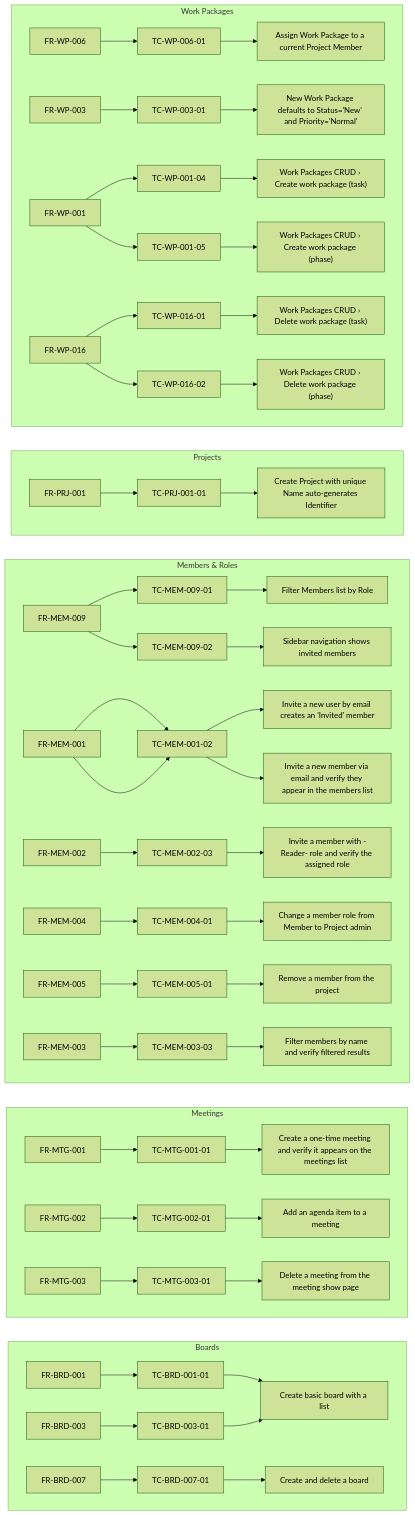
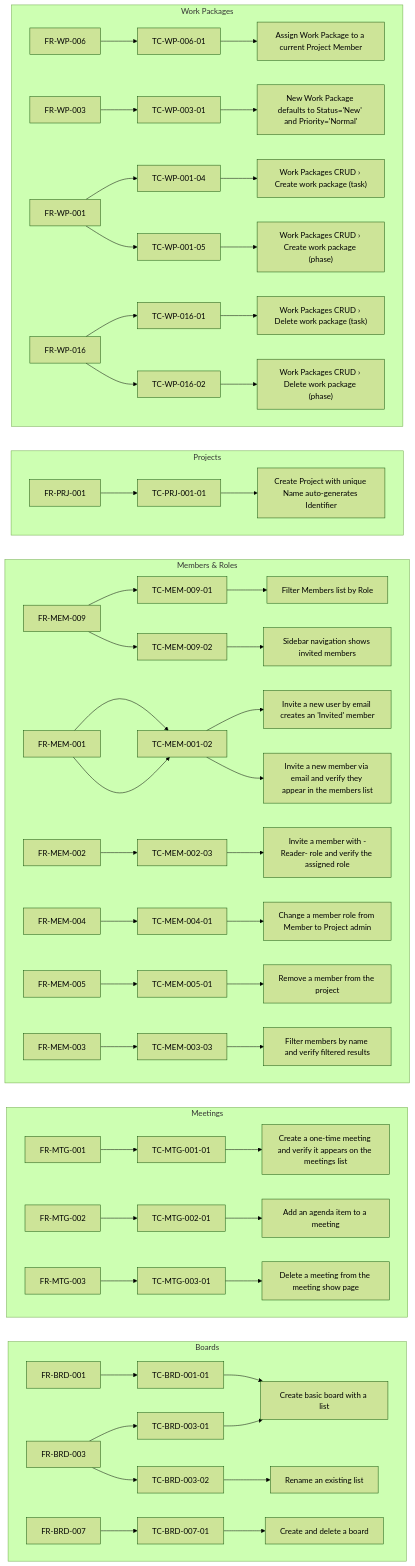
Before and after one commit to Top-Q/playwright-typescript: the fourth of 4 diagrams in specs/product/vault/Dashboard.md, drawn with Mermaid (forest theme). The commit also changed other lines of this file and 2 other files, not shown here.

First line of the commit message:
test: rename an existing board list (TC-BRD-003-02)

````diff
--- a/specs/product/vault/Dashboard.md
+++ b/specs/product/vault/Dashboard.md
@@ -66,40 +66,41 @@
 ```mermaid
 flowchart LR
     subgraph M_boards["Boards"]
         direction LR
         R_FR_BRD_001["FR-BRD-001"] --> C_TC_BRD_001_01["TC-BRD-001-01"] --> T_Create_basic_board_with_a_list["Create basic board with a list"]
         R_FR_BRD_003["FR-BRD-003"] --> C_TC_BRD_003_01["TC-BRD-003-01"] --> T_Create_basic_board_with_a_list["Create basic board with a list"]
+        R_FR_BRD_003["FR-BRD-003"] --> C_TC_BRD_003_02["TC-BRD-003-02"] --> T_Rename_an_existing_list["Rename an existing list"]
         R_FR_BRD_007["FR-BRD-007"] --> C_TC_BRD_007_01["TC-BRD-007-01"] --> T_Create_and_delete_a_board["Create and delete a board"]
     end
     subgraph M_meetings["Meetings"]
         direction LR
         R_FR_MTG_001["FR-MTG-001"] --> C_TC_MTG_001_01["TC-MTG-001-01"] --> T_Create_a_one_time_meeting_and_verify_it_appears_on_the_meetings_list["Create a one-time meeting and verify it appears on the meetings list"]
         R_FR_MTG_002["FR-MTG-002"] --> C_TC_MTG_002_01["TC-MTG-002-01"] --> T_Add_an_agenda_item_to_a_meeting["Add an agenda item to a meeting"]
         R_FR_MTG_003["FR-MTG-003"] --> C_TC_MTG_003_01["TC-MTG-003-01"] --> T_Delete_a_meeting_from_the_meeting_show_page["Delete a meeting from the meeting show page"]
     end
     subgraph M_members_roles["Members & Roles"]
         direction LR
         R_FR_MEM_009["FR-MEM-009"] --> C_TC_MEM_009_01["TC-MEM-009-01"] --> T_Filter_Members_list_by_Role["Filter Members list by Role"]
         R_FR_MEM_001["FR-MEM-001"] --> C_TC_MEM_001_02["TC-MEM-001-02"] --> T_Invite_a_new_user_by_email_creates_an__Invited__member["Invite a new user by email creates an 'Invited' member"]
         R_FR_MEM_001["FR-MEM-001"] --> C_TC_MEM_001_02["TC-MEM-001-02"] --> T_Invite_a_new_member_via_email_and_verify_they_appear_in_the_members_list["Invite a new member via email and verify they appear in the members list"]
         R_FR_MEM_002["FR-MEM-002"] --> C_TC_MEM_002_03["TC-MEM-002-03"] --> T_Invite_a_member_with__Reader__role_and_verify_the_assigned_role["Invite a member with -Reader- role and verify the assigned role"]
         R_FR_MEM_004["FR-MEM-004"] --> C_TC_MEM_004_01["TC-MEM-004-01"] --> T_Change_a_member_role_from_Member_to_Project_admin["Change a member role from Member to Project admin"]
         R_FR_MEM_005["FR-MEM-005"] --> C_TC_MEM_005_01["TC-MEM-005-01"] --> T_Remove_a_member_from_the_project["Remove a member from the project"]
         R_FR_MEM_003["FR-MEM-003"] --> C_TC_MEM_003_03["TC-MEM-003-03"] --> T_Filter_members_by_name_and_verify_filtered_results["Filter members by name and verify filtered results"]
         R_FR_MEM_009["FR-MEM-009"] --> C_TC_MEM_009_02["TC-MEM-009-02"] --> T_Sidebar_navigation_shows_invited_members["Sidebar navigation shows invited members"]
     end
     subgraph M_projects["Projects"]
         direction LR
         R_FR_PRJ_001["FR-PRJ-001"] --> C_TC_PRJ_001_01["TC-PRJ-001-01"] --> T_Create_Project_with_unique_Name_auto_generates_Identifier["Create Project with unique Name auto-generates Identifier"]
     end
     subgraph M_work_packages["Work Packages"]
         direction LR
         R_FR_WP_006["FR-WP-006"] --> C_TC_WP_006_01["TC-WP-006-01"] --> T_Assign_Work_Package_to_a_current_Project_Member["Assign Work Package to a current Project Member"]
         R_FR_WP_003["FR-WP-003"] --> C_TC_WP_003_01["TC-WP-003-01"] --> T_New_Work_Package_defaults_to_Status__New__and_Priority__Normal_["New Work Package defaults to Status='New' and Priority='Normal'"]
         R_FR_WP_001["FR-WP-001"] --> C_TC_WP_001_04["TC-WP-001-04"] --> T_Work_Packages_CRUD___Create_work_package__task_["Work Packages CRUD › Create work package (task)"]
         R_FR_WP_016["FR-WP-016"] --> C_TC_WP_016_01["TC-WP-016-01"] --> T_Work_Packages_CRUD___Delete_work_package__task_["Work Packages CRUD › Delete work package (task)"]
         R_FR_WP_001["FR-WP-001"] --> C_TC_WP_001_05["TC-WP-001-05"] --> T_Work_Packages_CRUD___Create_work_package__phase_["Work Packages CRUD › Create work package (phase)"]
         R_FR_WP_016["FR-WP-016"] --> C_TC_WP_016_02["TC-WP-016-02"] --> T_Work_Packages_CRUD___Delete_work_package__phase_["Work Packages CRUD › Delete work package (phase)"]
     end
-    class R_FR_BRD_001,C_TC_BRD_001_01,T_Create_basic_board_with_a_list,R_FR_BRD_003,C_TC_BRD_003_01,R_FR_BRD_007,C_TC_BRD_007_01,T_Create_and_delete_a_board,R_FR_MTG_001,C_TC_MTG_001_01,T_Create_a_one_time_meeting_and_verify_it_appears_on_the_meetings_list,R_FR_MTG_002,C_TC_MTG_002_01,T_Add_an_agenda_item_to_a_meeting,R_FR_MTG_003,C_TC_MTG_003_01,T_Delete_a_meeting_from_the_meeting_show_page,R_FR_MEM_009,C_TC_MEM_009_01,T_Filter_Members_list_by_Role,R_FR_MEM_001,C_TC_MEM_001_02,T_Invite_a_new_user_by_email_creates_an__Invited__member,T_Invite_a_new_member_via_email_and_verify_they_appear_in_the_members_list,R_FR_MEM_002,C_TC_MEM_002_03,T_Invite_a_member_with__Reader__role_and_verify_the_assigned_role,R_FR_MEM_004,C_TC_MEM_004_01,T_Change_a_member_role_from_Member_to_Project_admin,R_FR_MEM_005,C_TC_MEM_005_01,T_Remove_a_member_from_the_project,R_FR_MEM_003,C_TC_MEM_003_03,T_Filter_members_by_name_and_verify_filtered_results,C_TC_MEM_009_02,T_Sidebar_navigation_shows_invited_members,R_FR_PRJ_001,C_TC_PRJ_001_01,T_Create_Project_with_unique_Name_auto_generates_Identifier,R_FR_WP_006,C_TC_WP_006_01,T_Assign_Work_Package_to_a_current_Project_Member,R_FR_WP_003,C_TC_WP_003_01,T_New_Work_Package_defaults_to_Status__New__and_Priority__Normal_,R_FR_WP_001,C_TC_WP_001_04,T_Work_Packages_CRUD___Create_work_package__task_,R_FR_WP_016,C_TC_WP_016_01,T_Work_Packages_CRUD___Delete_work_package__task_,C_TC_WP_001_05,T_Work_Packages_CRUD___Create_work_package__phase_,C_TC_WP_016_02,T_Work_Packages_CRUD___Delete_work_package__phase_ internal-link;
+    class R_FR_BRD_001,C_TC_BRD_001_01,T_Create_basic_board_with_a_list,R_FR_BRD_003,C_TC_BRD_003_01,C_TC_BRD_003_02,T_Rename_an_existing_list,R_FR_BRD_007,C_TC_BRD_007_01,T_Create_and_delete_a_board,R_FR_MTG_001,C_TC_MTG_001_01,T_Create_a_one_time_meeting_and_verify_it_appears_on_the_meetings_list,R_FR_MTG_002,C_TC_MTG_002_01,T_Add_an_agenda_item_to_a_meeting,R_FR_MTG_003,C_TC_MTG_003_01,T_Delete_a_meeting_from_the_meeting_show_page,R_FR_MEM_009,C_TC_MEM_009_01,T_Filter_Members_list_by_Role,R_FR_MEM_001,C_TC_MEM_001_02,T_Invite_a_new_user_by_email_creates_an__Invited__member,T_Invite_a_new_member_via_email_and_verify_they_appear_in_the_members_list,R_FR_MEM_002,C_TC_MEM_002_03,T_Invite_a_member_with__Reader__role_and_verify_the_assigned_role,R_FR_MEM_004,C_TC_MEM_004_01,T_Change_a_member_role_from_Member_to_Project_admin,R_FR_MEM_005,C_TC_MEM_005_01,T_Remove_a_member_from_the_project,R_FR_MEM_003,C_TC_MEM_003_03,T_Filter_members_by_name_and_verify_filtered_results,C_TC_MEM_009_02,T_Sidebar_navigation_shows_invited_members,R_FR_PRJ_001,C_TC_PRJ_001_01,T_Create_Project_with_unique_Name_auto_generates_Identifier,R_FR_WP_006,C_TC_WP_006_01,T_Assign_Work_Package_to_a_current_Project_Member,R_FR_WP_003,C_TC_WP_003_01,T_New_Work_Package_defaults_to_Status__New__and_Priority__Normal_,R_FR_WP_001,C_TC_WP_001_04,T_Work_Packages_CRUD___Create_work_package__task_,R_FR_WP_016,C_TC_WP_016_01,T_Work_Packages_CRUD___Delete_work_package__task_,C_TC_WP_001_05,T_Work_Packages_CRUD___Create_work_package__phase_,C_TC_WP_016_02,T_Work_Packages_CRUD___Delete_work_package__phase_ internal-link;
 ```
````
